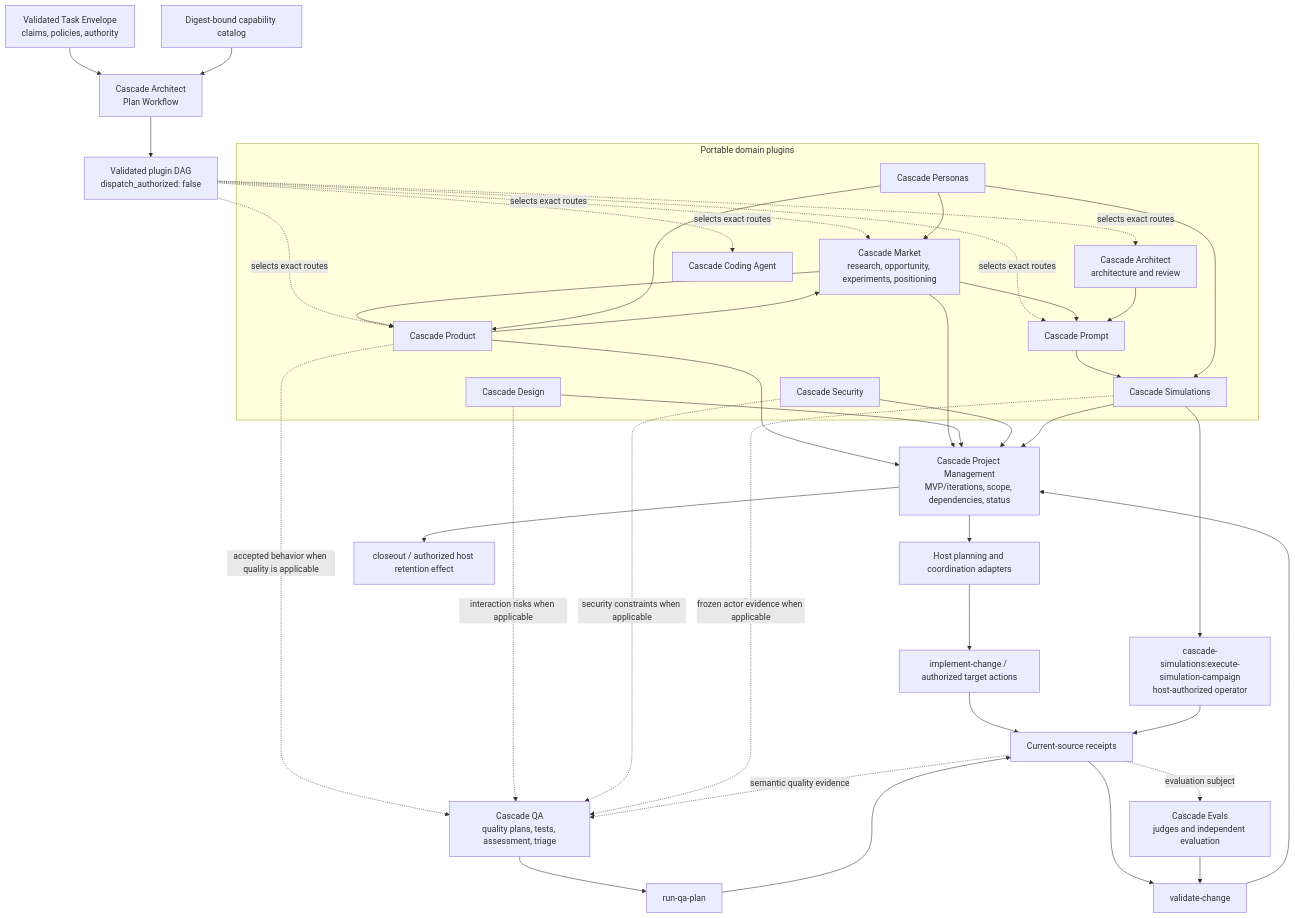
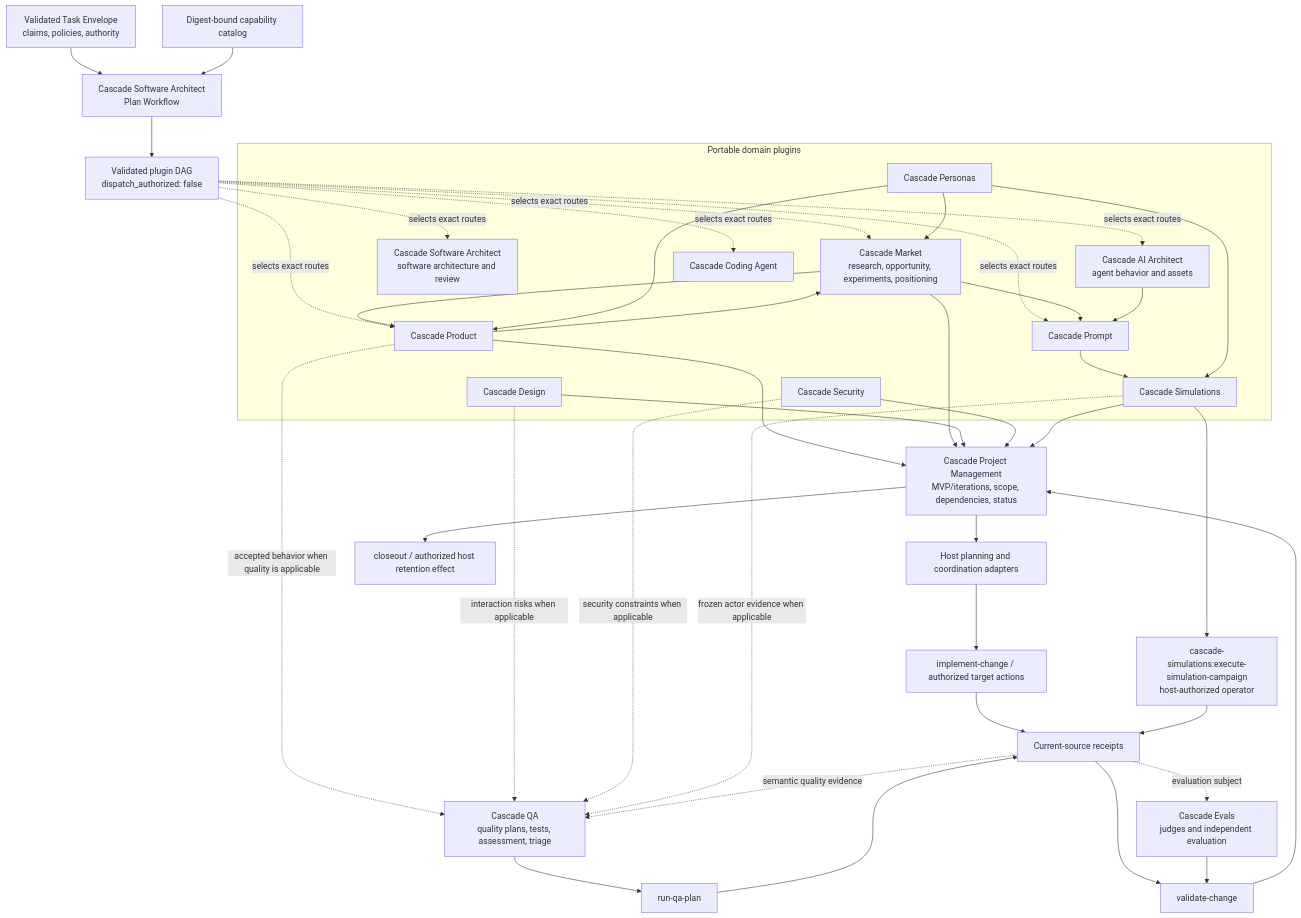
One commit to oleksandr-rud/cascade-codex changed the diagram in docs/patterns/workflow/plugin-orchestration.md. Above: the diagram before and after it, drawn with Mermaid. The commit also changed other lines of this file and 91 other files, not shown here.

````diff
--- a/docs/patterns/workflow/plugin-orchestration.md
+++ b/docs/patterns/workflow/plugin-orchestration.md
@@ -7,66 +7,68 @@
 ```mermaid
 flowchart TB
     TE[Validated Task Envelope<br/>claims, policies, authority]
     CAT[Digest-bound capability catalog]
-    PW[Cascade Architect<br/>Plan Workflow]
+    PW[Cascade Software Architect<br/>Plan Workflow]
     DAG[Validated plugin DAG<br/>dispatch_authorized: false]
 
     TE --> PW
     CAT --> PW
     PW --> DAG
 
     subgraph Domain[Portable domain plugins]
         M[Cascade Market<br/>research, opportunity, experiments, positioning]
         P[Cascade Product]
         PE[Cascade Personas]
         D[Cascade Design]
         S[Cascade Security]
         AP[Cascade Prompt]
-        ARCH[Cascade Architect<br/>architecture and review]
+        SA[Cascade Software Architect<br/>software architecture and review]
+        AIA[Cascade AI Architect<br/>agent behavior and assets]
         HE[Cascade Coding Agent]
         SIM[Cascade Simulations]
     end
 
     PM[Cascade Project Management<br/>MVP/iterations, scope, dependencies, status]
     QA[Cascade QA<br/>quality plans, tests, assessment, triage]
     EV[Cascade Evals<br/>judges and independent evaluation]
 
     DAG -. selects exact routes .-> M
     DAG -. selects exact routes .-> P
-    DAG -. selects exact routes .-> ARCH
+    DAG -. selects exact routes .-> SA
+    DAG -. selects exact routes .-> AIA
     DAG -. selects exact routes .-> AP
     DAG -. selects exact routes .-> HE
 
     M --> P
     PE --> P
     P --> M
     PE --> M
     M --> AP
-    ARCH --> AP
+    AIA --> AP
     P --> PM
     M --> PM
     D --> PM
     S --> PM
     AP --> SIM
     PE --> SIM
     SIM --> PM
 
     P -. accepted behavior when quality is applicable .-> QA
     D -. interaction risks when applicable .-> QA
     S -. security constraints when applicable .-> QA
     SIM -. frozen actor evidence when applicable .-> QA
 
     PM --> PLAN[Host planning and coordination adapters]
     PLAN --> IMPL[implement-change / authorized target actions]
     QA --> RUNQA[run-qa-plan]
     SIM --> RUNSIM[cascade-simulations:execute-simulation-campaign<br/>host-authorized operator]
     IMPL --> RECEIPTS[Current-source receipts]
     RUNQA --> RECEIPTS
     RUNSIM --> RECEIPTS
     RECEIPTS --> VALIDATE[validate-change]
     RECEIPTS -. semantic quality evidence .-> QA
     RECEIPTS -. evaluation subject .-> EV
     EV --> VALIDATE
     VALIDATE --> PM
     PM --> CLOSE[closeout / authorized host retention effect]
 ```
````
